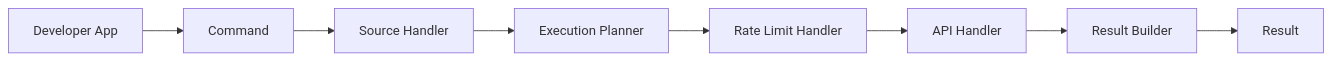
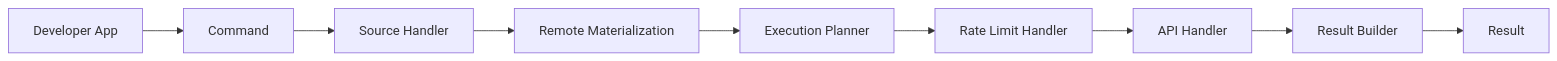
Before and after one commit to seanbrar/gemini-batch-prediction: the first of 2 diagrams in docs/explanation/architecture.md, drawn with Mermaid. The commit also changed other lines of this file and 69 other files, not shown here.

````diff
--- a/docs/explanation/architecture.md
+++ b/docs/explanation/architecture.md
@@ -72,10 +74,11 @@
 ```mermaid
 flowchart LR
     User[Developer App] --> Command
     Command --> SH[Source Handler]
-    SH --> EP[Execution Planner]
+    SH --> RM[Remote Materialization]
+    RM --> EP[Execution Planner]
     EP --> RLH[Rate Limit Handler]
     RLH --> AH[API Handler]
     AH --> RB[Result Builder]
     RB --> Result
 ```
````
